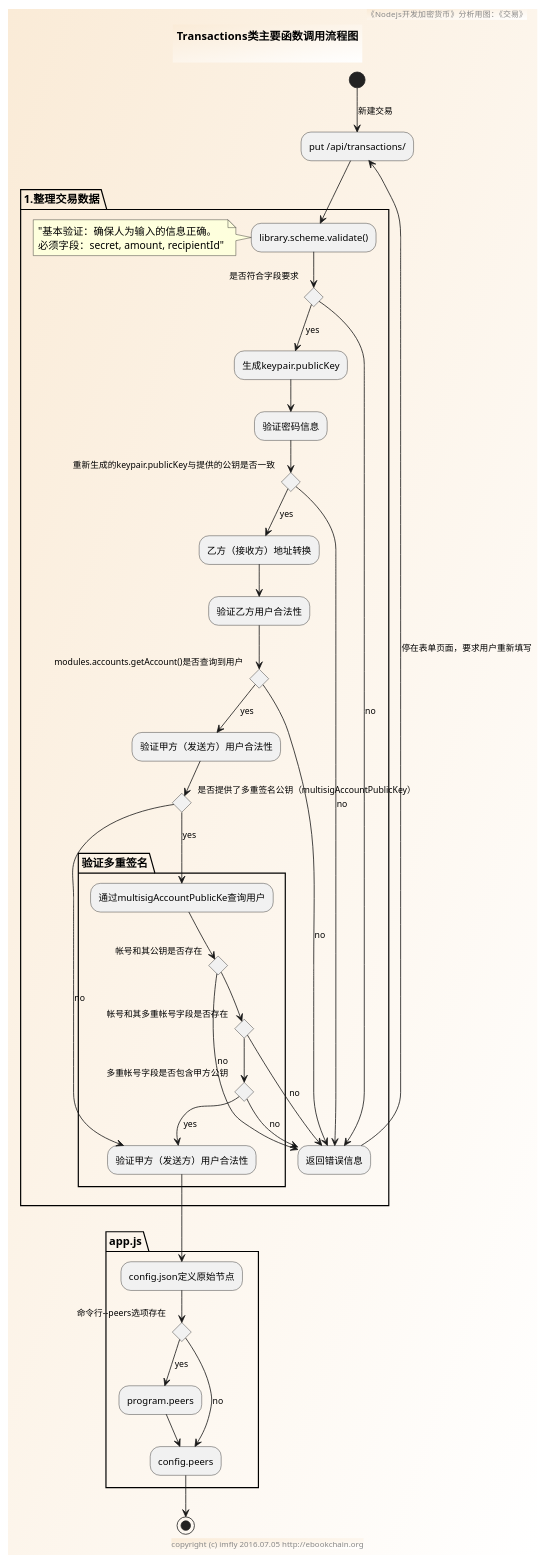
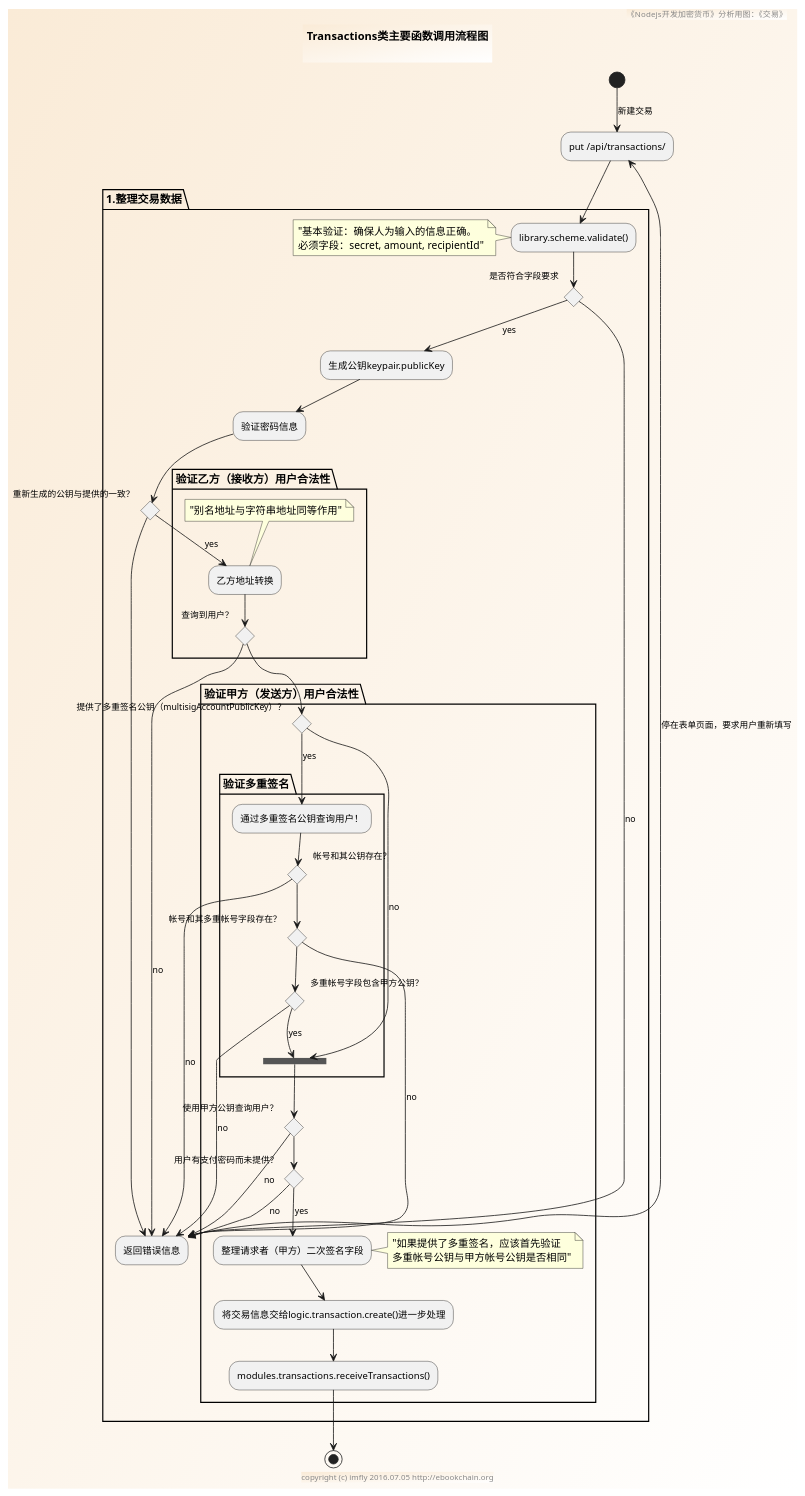
The diagram in sources/modules/transactions/activity.pu (brightmanforever022/bitcoin-on-nodejs), drawn with PlantUML before and after one commit. The commit also changed 1 other file, not shown here.

```diff
--- a/sources/modules/transactions/activity.pu
+++ b/sources/modules/transactions/activity.pu
@@ -1,73 +1,82 @@
 @startuml ../../../styles/images/modules/transactions/transactions-activity.png
 skinparam BorderColor #blue\9932CC
 skinparam backgroundcolor AntiqueWhite/white
 
 title
 Transactions类主要函数调用流程图
 
 end title
 
 footer copyright (c) imfly 2016.07.05 http://ebookchain.org
 header 《Nodejs开发加密货币》分析用图：《交易》
 
 (*)--> [新建交易] "put /api/transactions/" as form
 partition "1.整理交易数据" {
     --> library.scheme.validate()
     note left
     "基本验证：确保人为输入的信息正确。
     必须字段：secret, amount, recipientId"
     end note
     if "是否符合字段要求" then
-    --> [no] "返回错误信息"
+    --> [no] "返回错误信息" as return_error_msg
     -left-> [停在表单页面，要求用户重新填写] form
     else
-    --> [yes] "生成keypair.publicKey"
+    --> [yes] "生成公钥keypair.publicKey"
     --> 验证密码信息
-        if "重新生成的keypair.publicKey与提供的公钥是否一致" then
-        --> [no] "返回错误信息"
+        if "重新生成的公钥与提供的一致？" then
+        --> return_error_msg
         else
-        --> [yes] "乙方（接收方）地址转换"
-        --> "验证乙方用户合法性"
-            if "modules.accounts.getAccount()是否查询到用户" then
-            --> [no] "返回错误信息"
+        partition "验证乙方（接收方）用户合法性" {
+          --> [yes] "乙方地址转换"
+          note top: "别名地址与字符串地址同等作用"
+            if "查询到用户？" then
+            --> [no] return_error_msg
+        }
             else
-            --> [yes] "验证甲方（发送方）用户合法性"
-                if "是否提供了多重签名公钥（multisigAccountPublicKey）" then
-                    partition "验证多重签名" {
-                      --> [yes] "通过multisigAccountPublicKe查询用户"
-                      if "帐号和其公钥是否存在" then
-                      --> [no] "返回错误信息"
-                      else
-                          if "帐号和其多重帐号字段是否存在" then
-                          --> [no] "返回错误信息"
+                partition "验证甲方（发送方）用户合法性" {
+                    if "提供了多重签名公钥（multisigAccountPublicKey）？" then
+                        partition "验证多重签名" {
+                          --> [yes] "通过多重签名公钥查询用户！"
+                          if "帐号和其公钥存在？" then
+                          --> [no] return_error_msg
                           else
-                            if "多重帐号字段是否包含甲方公钥" then
-                            --> [no] "返回错误信息"
+                              if "帐号和其多重帐号字段存在？" then
+                              --> [no] return_error_msg
+                              else
+                                if "多重帐号字段包含甲方公钥？" then
+                                --> [no] return_error_msg
+                                else
+                                --> [yes] ==verify_account==
+                                endif
+                              endif
+
+                          endif
+                        }
+                    else
+                    --> [no] ==verify_account==
+                        if "使用甲方公钥查询用户？" then
+                        --> [no] return_error_msg
+                        else
+                            if "用户有支付密码而未提供？" then
+                            --> [no] return_error_msg
                             else
-                            --> [yes] "验证甲方（发送方）用户合法性" as requester_verify
+                            --> [yes] "整理请求者（甲方）二次签名字段"
+                            note right
+                            "如果提供了多重签名，应该首先验证
+                            多重帐号公钥与甲方帐号公钥是否相同"
+                            end note
+                            --> "将交易信息交给logic.transaction.create()进一步处理"
+                            --> "modules.transactions.receiveTransactions()"
                             endif
-                          endif
-
-                      endif
-                    }
-                else
-                --> [no] requester_verify
-                endif
+                        endif
+                    endif
+                }
             endif
         endif
     endif
 }
 
-' app.js启动命令
-partition app.js {
-  --> config.json定义原始节点
-  if "命令行--peers选项存在" then
-  -->[yes] program.peers
-  --> "config.peers" as peers
-  else
-  --> [no] peers
-  endif
-}
+' logic.transaction.create()处理逻辑
 
 --> (*)
 @enduml
```
